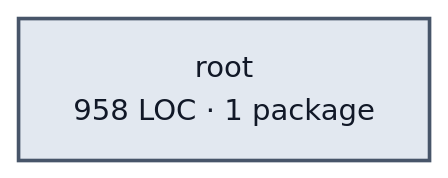
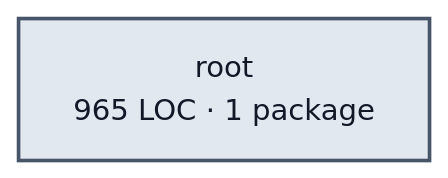
Before and after one commit to portpowered/you-agent-factory: the diagram in docs/architecture/visualizations/services/edges.md, drawn with Mermaid. The commit also changed other lines of this file and 20 other files, not shown here.

Commit message:
docs: refresh backend architecture visualizations

````diff
--- a/docs/architecture/visualizations/services/edges.md
+++ b/docs/architecture/visualizations/services/edges.md
@@ -11,5 +11,5 @@
 ```mermaid
 flowchart LR
-  p0["root<br/>958 LOC · 1 package"]
+  p0["root<br/>965 LOC · 1 package"]
   style p0 fill:#e2e8f0,stroke:#475569,stroke-width:2px,color:#111827
 ```
````
